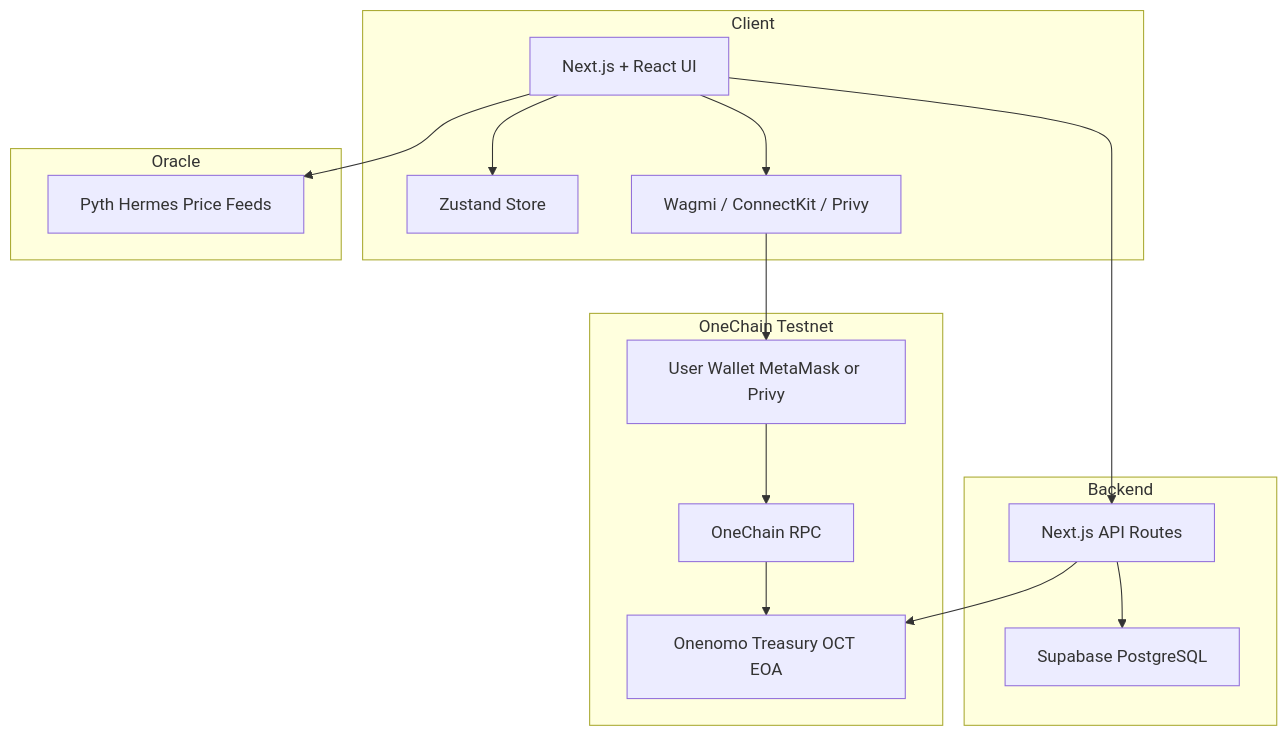
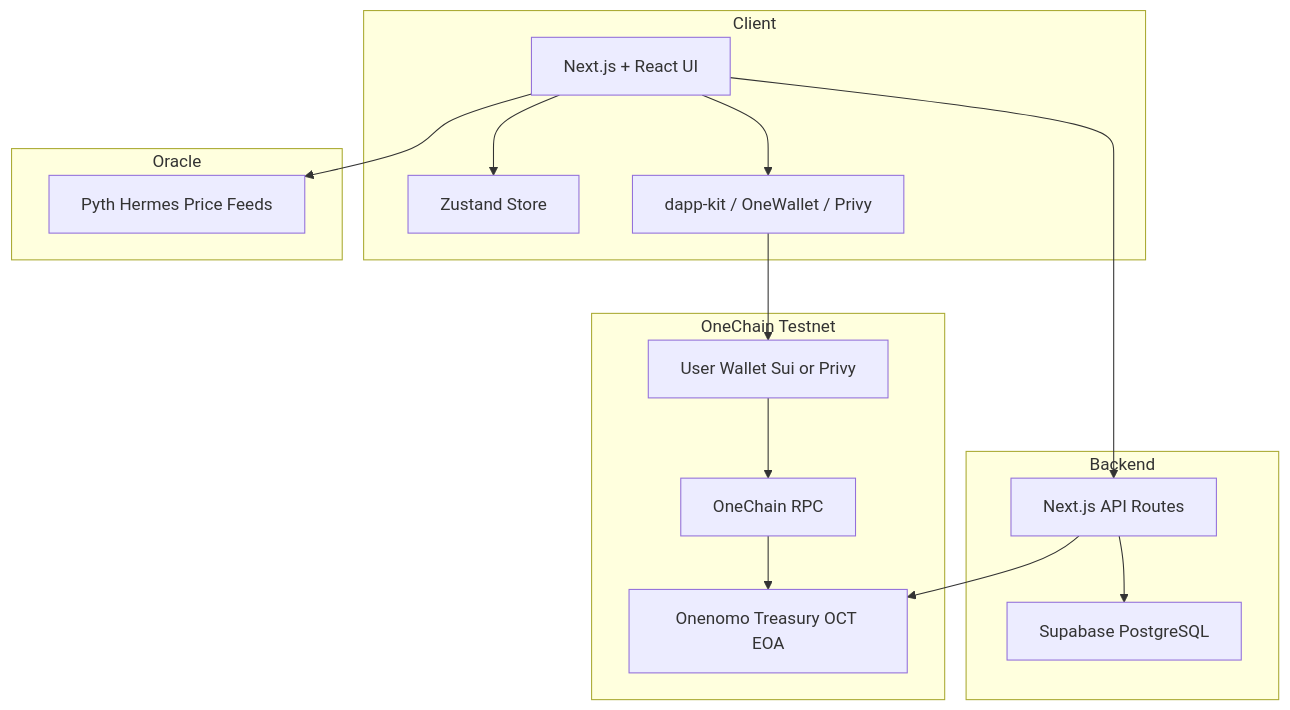
The second of 4 diagrams in README.md (AmaanSayyad/Onenomo), drawn with Mermaid before and after one commit. The commit also changed other lines of this file, not shown here.

````diff
--- a/README.md
+++ b/README.md
@@ -192,33 +193,33 @@
 ```mermaid
 graph TB
     subgraph Client
         UI["Next.js + React UI"]
         Store["Zustand Store"]
-        Wallets["Wagmi / ConnectKit / Privy"]
+        Wallets["dapp-kit / OneWallet / Privy"]
     end
 
     subgraph Oracle
         Pyth["Pyth Hermes Price Feeds"]
     end
 
     subgraph OCTChain["OneChain Testnet"]
-        UserWallet["User Wallet MetaMask or Privy"]
+        UserWallet["User Wallet Sui or Privy"]
         Treasury["Onenomo Treasury OCT EOA"]
         OneChainRPC["OneChain RPC"]
     end
 
     subgraph Backend
         API["Next.js API Routes"]
         DB["Supabase PostgreSQL"]
     end
 
     UI --> Store
     UI --> Wallets
     Wallets --> UserWallet
     UserWallet --> OneChainRPC
     OneChainRPC --> Treasury
     UI --> Pyth
     UI --> API
     API --> DB
     API --> Treasury
 ```
````
